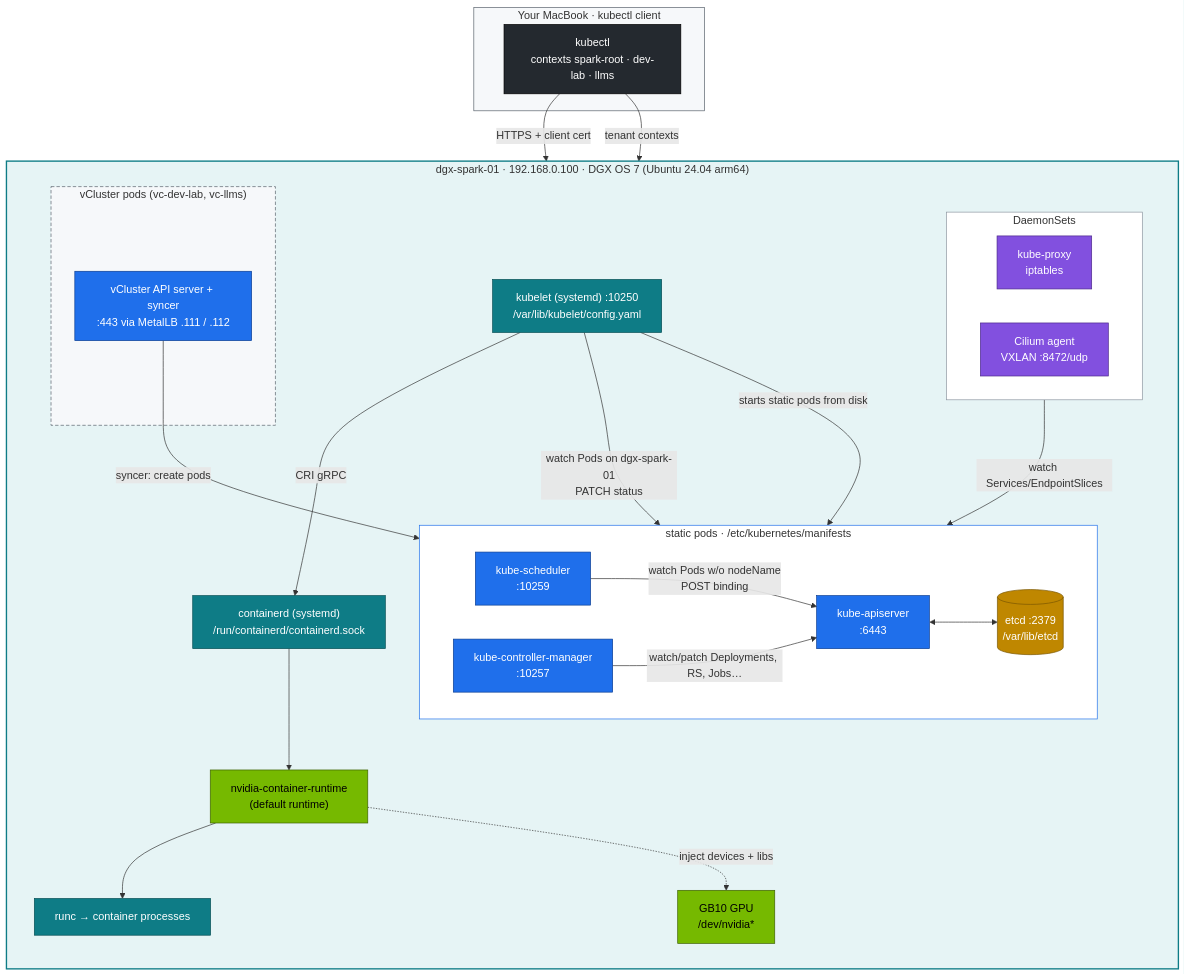
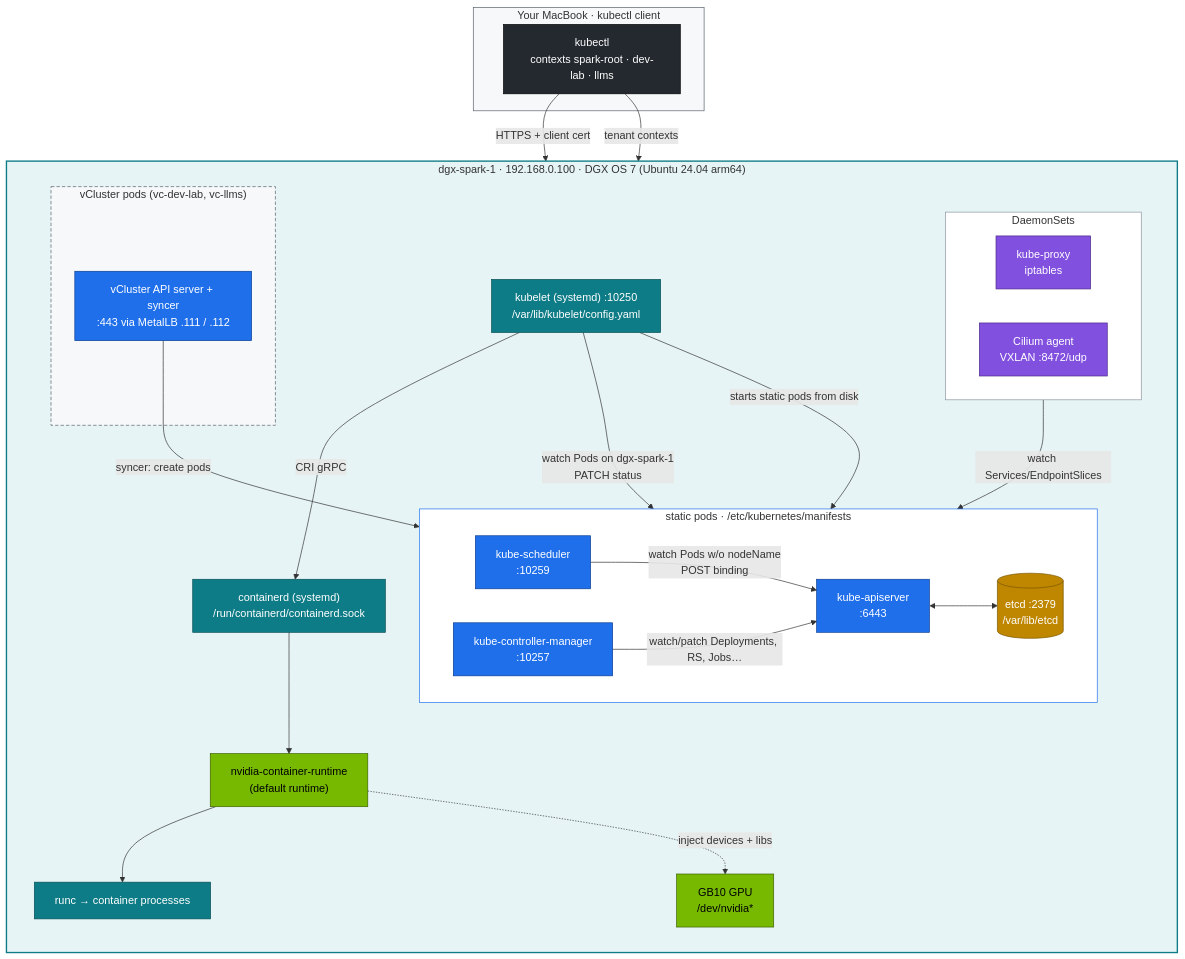
Before and after one commit to cloudone365/technical-depth: the first of 3 diagrams in 02 Kubernetes/01-kubernetes-core-architecture.md, drawn with Mermaid. The commit also changed other lines of this file and 91 other files, not shown here.

First line of the commit message:
Rename the Spark hosts to dgx-spark-1 / dgx-spark-2

````diff
--- a/02 Kubernetes/01-kubernetes-core-architecture.md
+++ b/02 Kubernetes/01-kubernetes-core-architecture.md
@@ -34,57 +34,57 @@
 ```mermaid
 flowchart TB
   subgraph LAPTOP["Your MacBook · kubectl client"]
     KC["kubectl<br/>contexts spark-root · dev-lab · llms"]
   end
-  subgraph SPARK["dgx-spark-01 · 192.168.0.100 · DGX OS 7 (Ubuntu 24.04 arm64)"]
+  subgraph SPARK["dgx-spark-1 · 192.168.0.100 · DGX OS 7 (Ubuntu 24.04 arm64)"]
     direction TB
     subgraph SP["static pods · /etc/kubernetes/manifests"]
       direction LR
       API["kube-apiserver<br/>:6443"]
       SCH["kube-scheduler<br/>:10259"]
       CM["kube-controller-manager<br/>:10257"]
       ETCD[("etcd :2379<br/>/var/lib/etcd")]
     end
     subgraph DS["DaemonSets"]
       direction LR
       KP["kube-proxy<br/>iptables"]
       CIL["Cilium agent<br/>VXLAN :8472/udp"]
     end
     subgraph VC["vCluster pods (vc-dev-lab, vc-llms)"]
       VAPI["vCluster API server + syncer<br/>:443 via MetalLB .111 / .112"]
     end
     KL["kubelet (systemd) :10250<br/>/var/lib/kubelet/config.yaml"]
     CTRD["containerd (systemd)<br/>/run/containerd/containerd.sock"]
     NVR["nvidia-container-runtime<br/>(default runtime)"]
     RUNC["runc → container processes"]
     GB10["GB10 GPU<br/>/dev/nvidia*"]
   end
   KC -->|"HTTPS + client cert"| API
   KC -->|"tenant contexts"| VAPI
   VAPI -->|"syncer: create pods"| API
   API <--> ETCD
   SCH -->|"watch Pods w/o nodeName<br/>POST binding"| API
   CM -->|"watch/patch Deployments, RS, Jobs…"| API
-  KL -->|"watch Pods on dgx-spark-01<br/>PATCH status"| API
+  KL -->|"watch Pods on dgx-spark-1<br/>PATCH status"| API
   KP -->|"watch Services/EndpointSlices"| API
   KL -->|"starts static pods from disk"| SP
   KL -->|CRI gRPC| CTRD --> NVR --> RUNC
   NVR -.->|"inject devices + libs"| GB10
   classDef ctrl fill:#1f6feb,stroke:#0b3d91,color:#fff
   classDef node fill:#0e7c86,stroke:#064e54,color:#fff
   classDef gpu fill:#76b900,stroke:#3d6000,color:#000
   classDef net fill:#8250df,stroke:#4c2889,color:#fff
   classDef store fill:#bf8700,stroke:#7a5600,color:#fff
   classDef ext fill:#24292f,stroke:#000,color:#fff
   class API,SCH,CM,VAPI ctrl
   class KL,CTRD,RUNC node
   class KP,CIL net
   class ETCD store
   class GB10,NVR gpu
   class KC ext
   style SPARK fill:#e6f4f5,stroke:#0e7c86,stroke-width:2px
   style SP fill:#ffffff,stroke:#1f6feb
   style DS fill:#ffffff,stroke:#8c959f
   style VC fill:#f6f8fa,stroke:#57606a,stroke-dasharray:5 3
   style LAPTOP fill:#f6f8fa,stroke:#57606a
 ```
````
